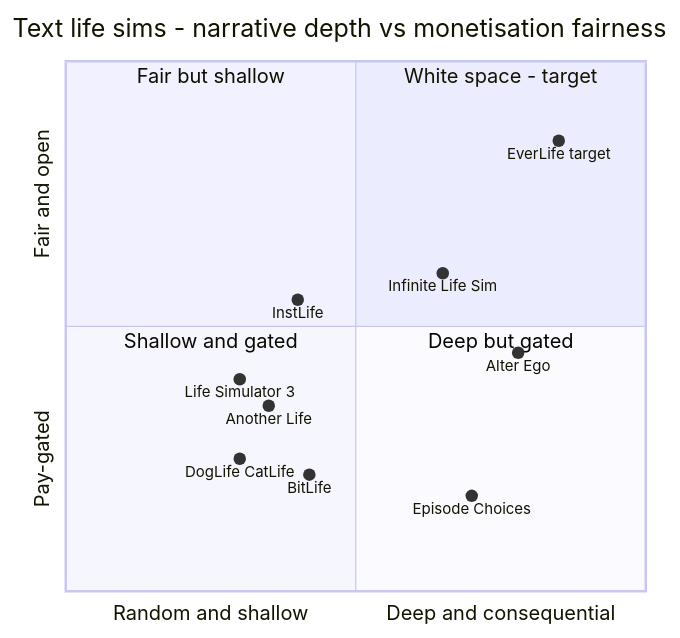
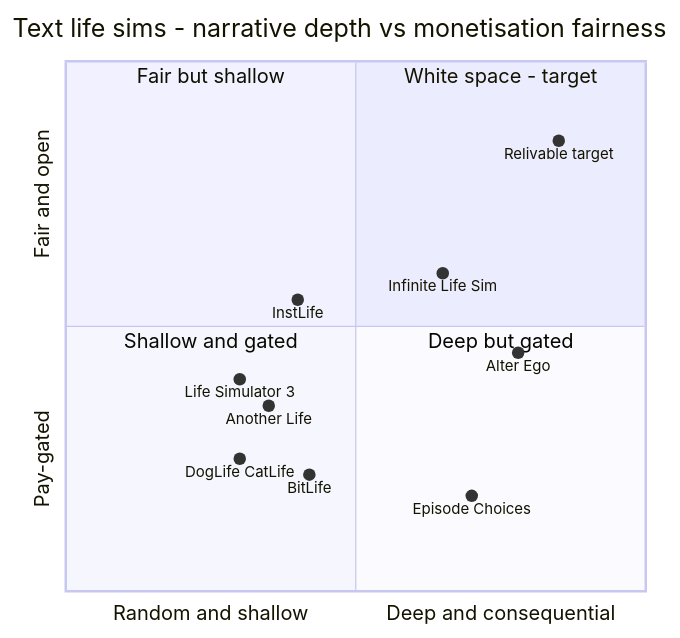
Before and after one commit to ZWITG/agent-weave-workbench: the second of 2 diagrams in docs/phase-1/02 Market and Competitors.md, drawn with Mermaid. The commit also changed other lines of this file and 17 other files, not shown here.

````diff
--- a/docs/phase-1/02 Market and Competitors.md
+++ b/docs/phase-1/02 Market and Competitors.md
@@ -83,19 +83,19 @@
 ```mermaid
 quadrantChart
     title Text life sims - narrative depth vs monetisation fairness
     x-axis Random and shallow --> Deep and consequential
     y-axis Pay-gated --> Fair and open
     quadrant-1 White space - target
     quadrant-2 Fair but shallow
     quadrant-3 Shallow and gated
     quadrant-4 Deep but gated
     BitLife: [0.42, 0.22]
     DogLife CatLife: [0.30, 0.25]
     Another Life: [0.35, 0.35]
     Life Simulator 3: [0.30, 0.40]
     InstLife: [0.40, 0.55]
     Alter Ego: [0.78, 0.45]
     Infinite Life Sim: [0.65, 0.60]
     Episode Choices: [0.70, 0.18]
-    EverLife target: [0.85, 0.85]
+    Relivable target: [0.85, 0.85]
 ```
````
